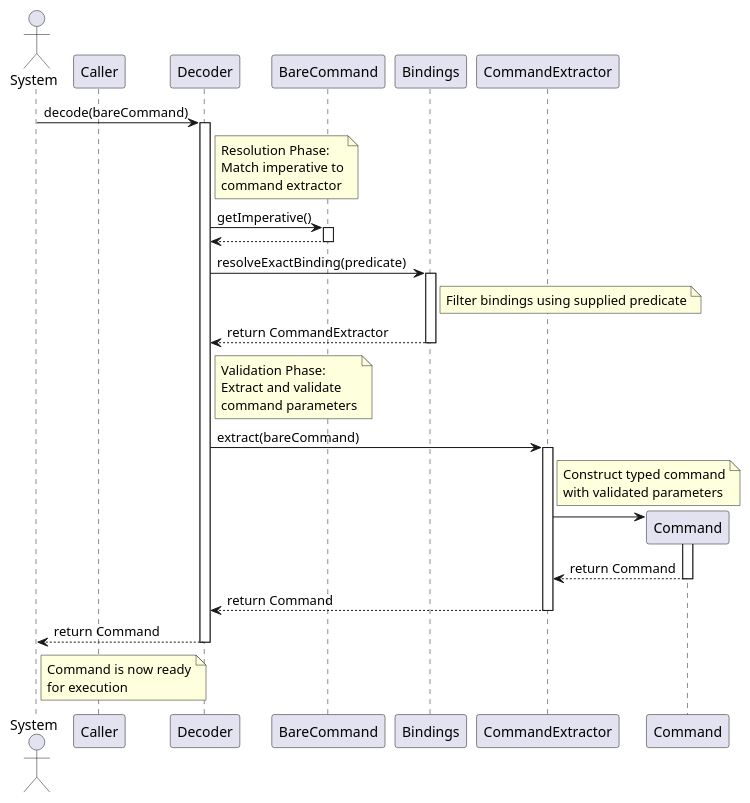
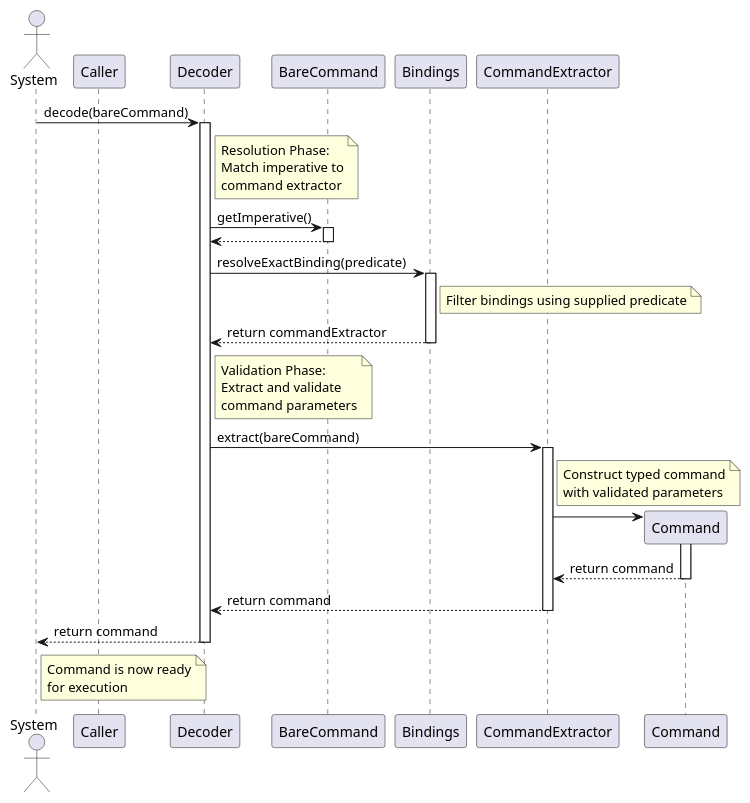
One commit to Xateh/tp changed the diagram in docs/diagrams/assembly/DecodingSequence.puml. Above: the diagram before and after it, drawn with PlantUML. The commit also changed 1 other file, not shown here.

Commit message:
Simplify command assembly sequence diagrams

```diff
--- a/docs/diagrams/assembly/DecodingSequence.puml
+++ b/docs/diagrams/assembly/DecodingSequence.puml
@@ -1,65 +1,65 @@
 @startuml
 actor System
 participant "Caller" as Caller
 participant "Decoder" as Decoder
 participant "BareCommand" as BareCmd
 participant "Bindings" as Bindings
 participant "CommandExtractor" as Extractor
 participant "Command" as Cmd
 
 System -> Decoder: decode(bareCommand)
 activate Decoder
 
 note right of Decoder
   Resolution Phase:
   Match imperative to
   command extractor
 end note
 
 Decoder -> BareCmd: getImperative()
 activate BareCmd
 BareCmd --> Decoder
 deactivate BareCmd
 
 Decoder -> Bindings: resolveExactBinding(predicate)
 activate Bindings
 
 note right of Bindings
   Filter bindings using supplied predicate
 end note
 
-Bindings --> Decoder: return CommandExtractor
+Bindings --> Decoder: return commandExtractor
 deactivate Bindings
 
 note right of Decoder
   Validation Phase:
   Extract and validate
   command parameters
 end note
 
 Decoder -> Extractor: extract(bareCommand)
 activate Extractor
 
 note right of Extractor
   Construct typed command
   with validated parameters
 end note
 
 create Cmd
 Extractor -> Cmd
 activate Cmd
-Cmd --> Extractor: return Command
+Cmd --> Extractor: return command
 deactivate Cmd
 
-Extractor --> Decoder: return Command
+Extractor --> Decoder: return command
 deactivate Extractor
 
-Decoder --> System: return Command
+Decoder --> System: return command
 deactivate Decoder
 
 note right of System
   Command is now ready
   for execution
 end note
 
 @enduml
```
